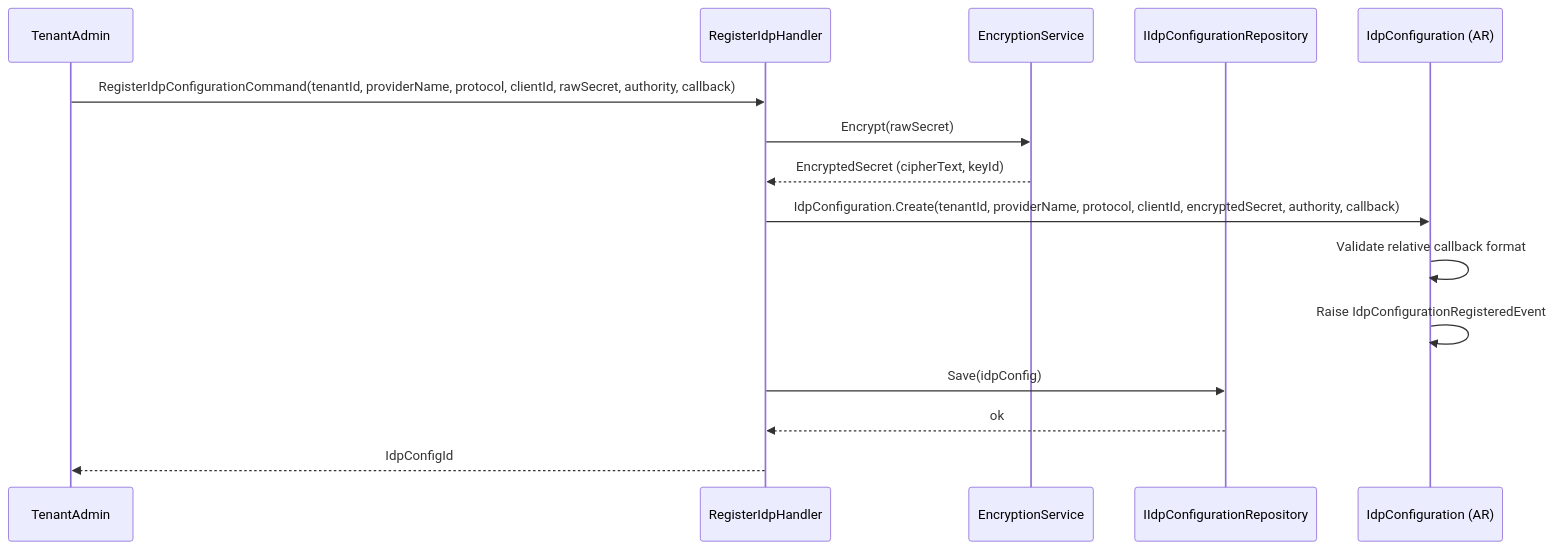
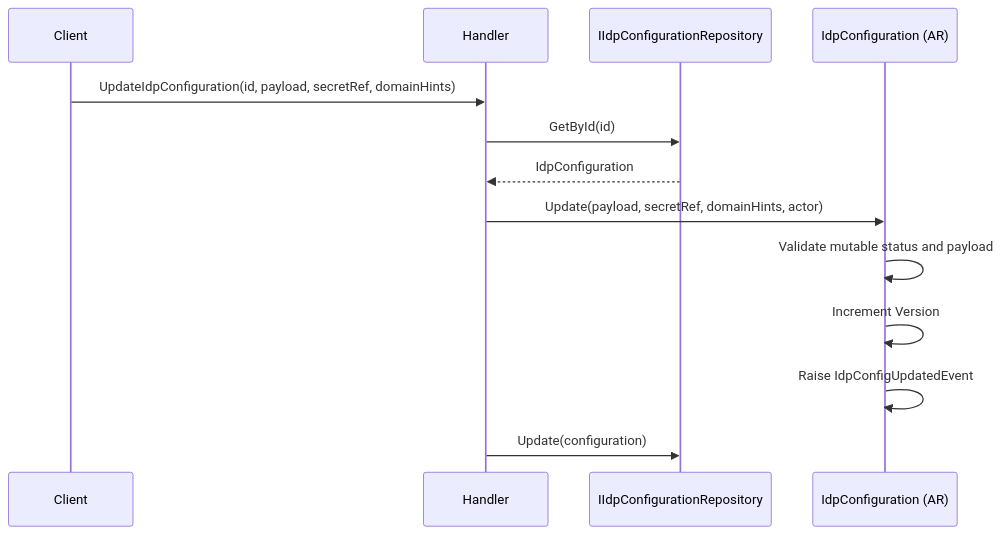
One commit to beyondnetcode/ums changed the second of 3 diagrams in docs/domain/configuration/idp-configuration.md. Above: the diagram before and after it, drawn with Mermaid. The commit also changed other lines of this file and 19 other files, not shown here.

````diff
--- a/docs/domain/configuration/idp-configuration.md
+++ b/docs/domain/configuration/idp-configuration.md
@@ -140,18 +102,16 @@
 ```mermaid
 sequenceDiagram
-    participant C as TenantAdmin
-    participant H as RegisterIdpHandler
-    participant S as EncryptionService
+    participant C as Client
+    participant H as Handler
     participant R as IIdpConfigurationRepository
     participant I as IdpConfiguration (AR)
 
-    C->>H: RegisterIdpConfigurationCommand(tenantId, providerName, protocol, clientId, rawSecret, authority, callback)
-    H->>S: Encrypt(rawSecret)
-    S-->>H: EncryptedSecret (cipherText, keyId)
-    H->>I: IdpConfiguration.Create(tenantId, providerName, protocol, clientId, encryptedSecret, authority, callback)
-    I->>I: Validate relative callback format
-    I->>I: Raise IdpConfigurationRegisteredEvent
-    H->>R: Save(idpConfig)
-    R-->>H: ok
-    H-->>C: IdpConfigId
+    C->>H: UpdateIdpConfiguration(id, payload, secretRef, domainHints)
+    H->>R: GetById(id)
+    R-->>H: IdpConfiguration
+    H->>I: Update(payload, secretRef, domainHints, actor)
+    I->>I: Validate mutable status and payload
+    I->>I: Increment Version
+    I->>I: Raise IdpConfigUpdatedEvent
+    H->>R: Update(configuration)
 ```
````
